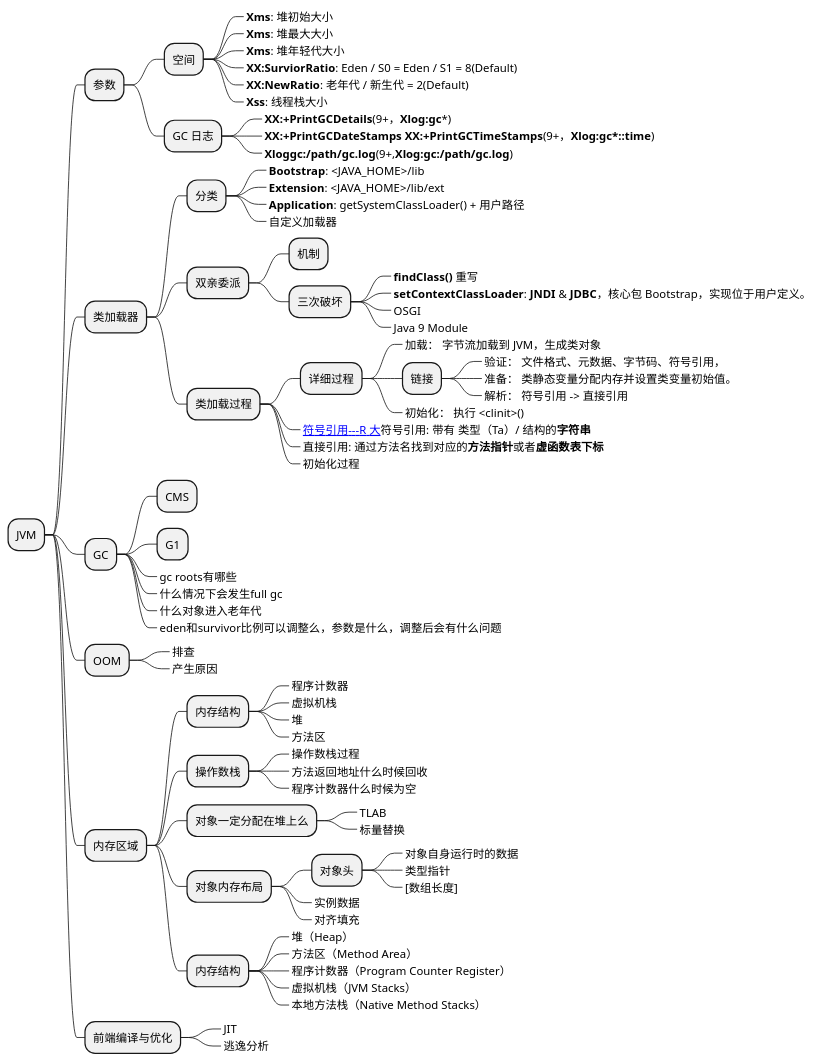
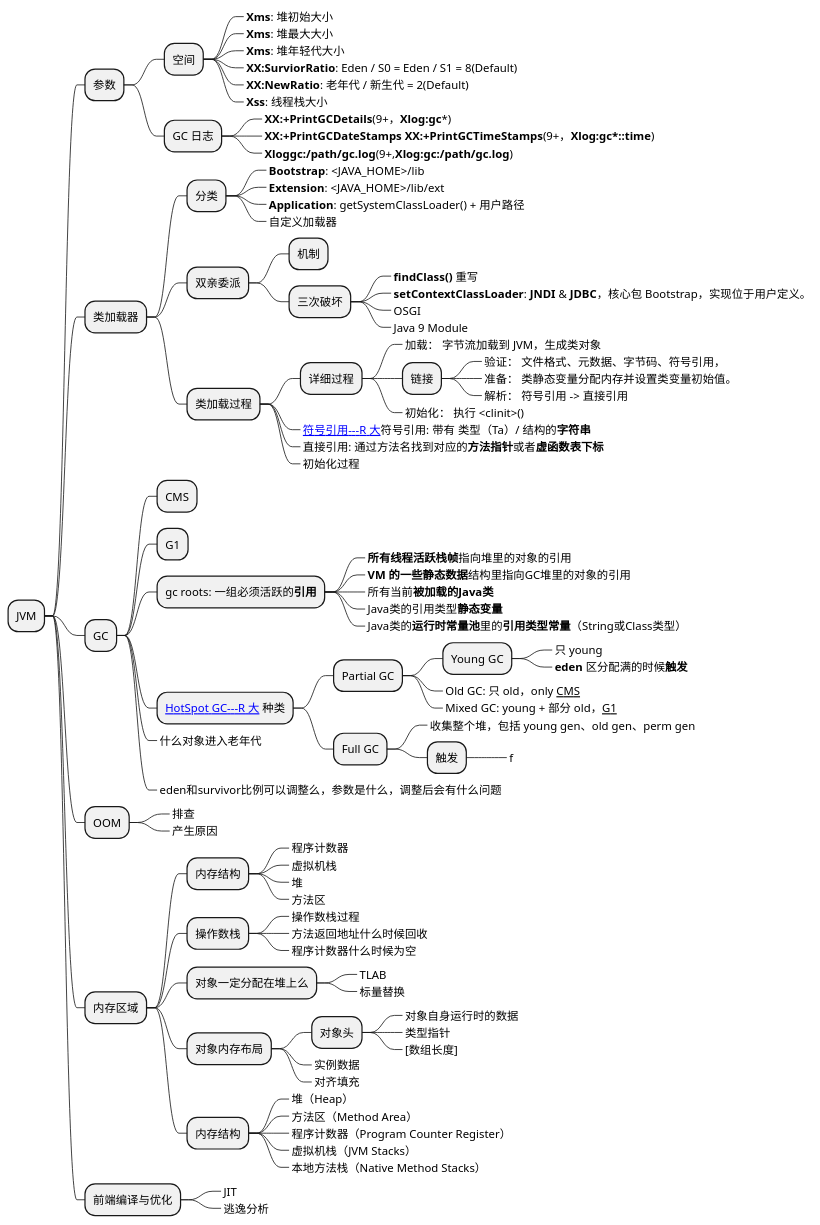
One commit to Gh0st99/Gh0st99.github.io changed the second of 11 diagrams in _posts/2021-05-27-查漏补缺.md. Above: the diagram before and after it, drawn with PlantUML.

Commit message:
查漏补缺

```diff
--- a/_posts/2021-05-27-查漏补缺.md
+++ b/_posts/2021-05-27-查漏补缺.md
@@ -267,8 +267,23 @@
 ** GC
 *** CMS
 *** G1
-***_ gc roots有哪些
-***_ 什么情况下会发生full gc
+*** gc roots: 一组必须活跃的**引用**
+****_ **所有线程活跃栈帧**指向堆里的对象的引用
+****_ **VM 的一些静态数据**结构里指向GC堆里的对象的引用
+****_ 所有当前**被加载的Java类**
+****_ Java类的引用类型**静态变量**
+****_ Java类的**运行时常量池**里的**引用类型常量**（String或Class类型）
+*** [[https://www.zhihu.com/question/41922036/answer/93079526 HotSpot GC---R 大]] 种类
+**** Partial GC
+***** Young GC
+******_ 只 young
+******_ **eden** 区分配满的时候**触发**
+*****_ Old GC: 只 old，only __CMS__
+*****_ Mixed GC: young + 部分 old，__G1__
+**** Full GC
+*****_ 收集整个堆，包括 young gen、old gen、perm gen
+***** 触发
+******_ f
 ***_ 什么对象进入老年代
 ***_ eden和survivor比例可以调整么，参数是什么，调整后会有什么问题
 
```
